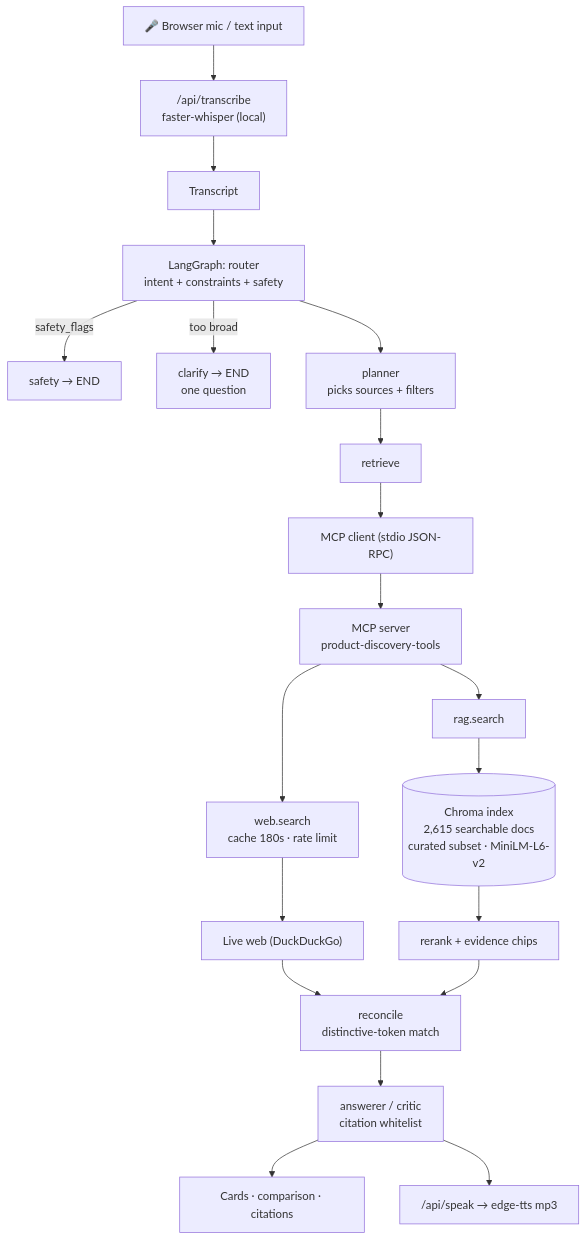
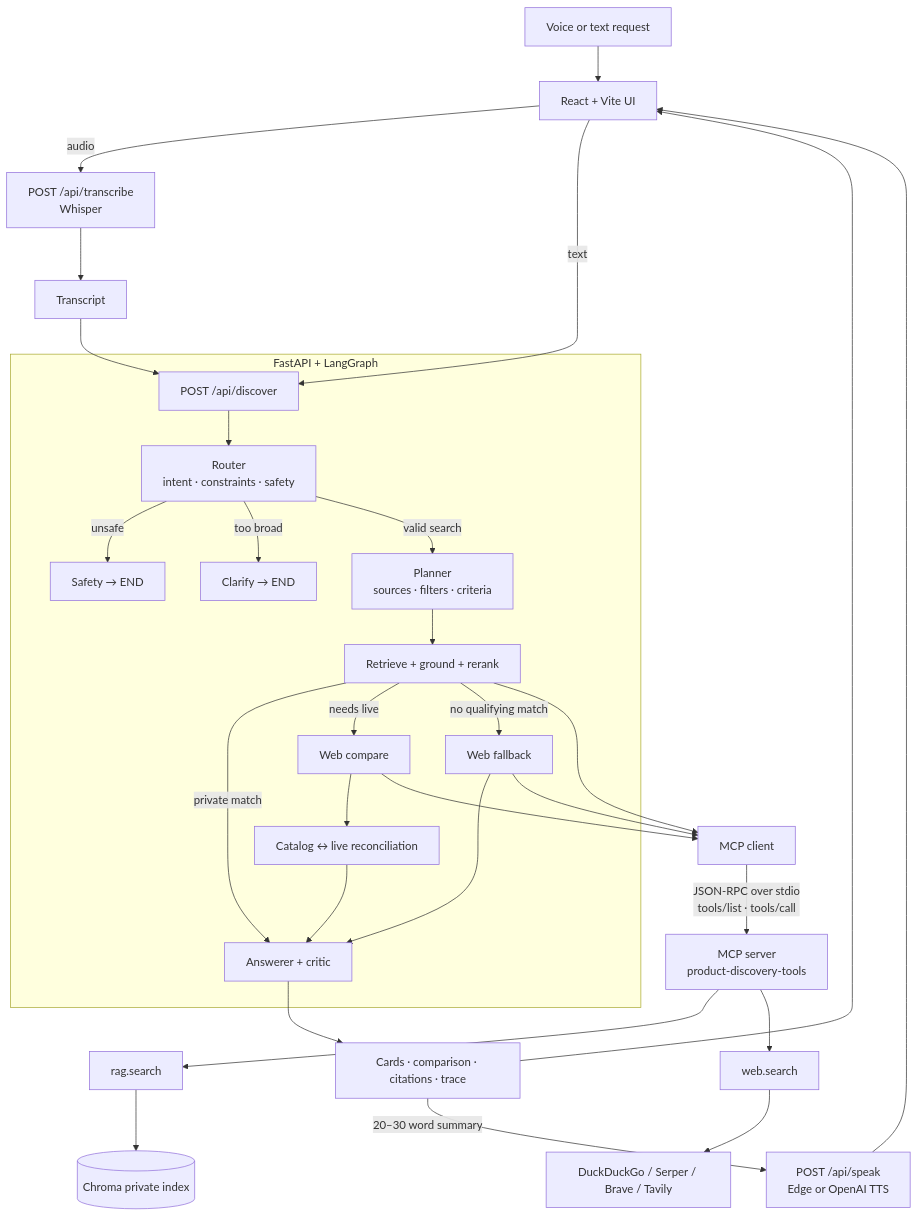
One commit to aimanaltoubi/voice-product-discovery changed the diagram in README.md. Above: the diagram before and after it, drawn with Mermaid. The commit also changed other lines of this file, not shown here.

````diff
--- a/README.md
+++ b/README.md
@@ -37,22 +81,36 @@
 ```mermaid
 flowchart TD
-  MIC["🎤 Browser mic / text input"] --> ASR["/api/transcribe<br/>faster-whisper (local)"]
-  ASR --> T["Transcript"]
-  T --> RT["LangGraph: router<br/>intent + constraints + safety"]
-  RT -->|safety_flags| SAFE["safety → END"]
-  RT -->|too broad| CLR["clarify → END<br/>one question"]
-  RT --> PL["planner<br/>picks sources + filters"]
-  PL --> RET["retrieve"]
-  RET --> MCPC["MCP client (stdio JSON-RPC)"]
-  MCPC --> MCPS["MCP server<br/>product-discovery-tools"]
-  MCPS --> RAG["rag.search"]
-  MCPS --> WEB["web.search<br/>cache 180s · rate limit"]
-  RAG --> CH[("Chroma index<br/>2,615 searchable docs<br/>curated subset · MiniLM-L6-v2")]
-  WEB --> DDG["Live web (DuckDuckGo)"]
-  CH --> RR["rerank + evidence chips"]
-  DDG --> REC["reconcile<br/>distinctive-token match"]
-  RR --> REC
-  REC --> ANS["answerer / critic<br/>citation whitelist"]
-  ANS --> UI["Cards · comparison · citations"]
-  ANS --> TTS["/api/speak → edge-tts mp3"]
+  USER["Voice or text request"] --> UI["React + Vite UI"]
+  UI -->|audio| ASR["POST /api/transcribe<br/>Whisper"]
+  ASR --> TEXT["Transcript"]
+  UI -->|text| DISCOVER["POST /api/discover"]
+  TEXT --> DISCOVER
+
+  subgraph API["FastAPI + LangGraph"]
+    DISCOVER --> ROUTER["Router<br/>intent · constraints · safety"]
+    ROUTER -->|unsafe| SAFETY["Safety → END"]
+    ROUTER -->|too broad| CLARIFY["Clarify → END"]
+    ROUTER -->|valid search| PLANNER["Planner<br/>sources · filters · criteria"]
+    PLANNER --> RETRIEVE["Retrieve + ground + rerank"]
+    RETRIEVE -->|private match| ANSWER["Answerer + critic"]
+    RETRIEVE -->|needs live| COMPARE["Web compare"]
+    RETRIEVE -->|no qualifying match| FALLBACK["Web fallback"]
+    COMPARE --> RECONCILE["Catalog ↔ live reconciliation"]
+    RECONCILE --> ANSWER
+    FALLBACK --> ANSWER
+  end
+
+  RETRIEVE --> MCPCLIENT["MCP client"]
+  COMPARE --> MCPCLIENT
+  FALLBACK --> MCPCLIENT
+  MCPCLIENT -->|"JSON-RPC over stdio<br/>tools/list · tools/call"| MCPSERVER["MCP server<br/>product-discovery-tools"]
+  MCPSERVER --> RAG["rag.search"]
+  MCPSERVER --> WEB["web.search"]
+  RAG --> CHROMA[("Chroma private index")]
+  WEB --> PROVIDER["DuckDuckGo / Serper / Brave / Tavily"]
+
+  ANSWER --> RESULT["Cards · comparison · citations · trace"]
+  RESULT --> UI
+  RESULT -->|20–30 word summary| TTS["POST /api/speak<br/>Edge or OpenAI TTS"]
+  TTS --> UI
 ```
````
